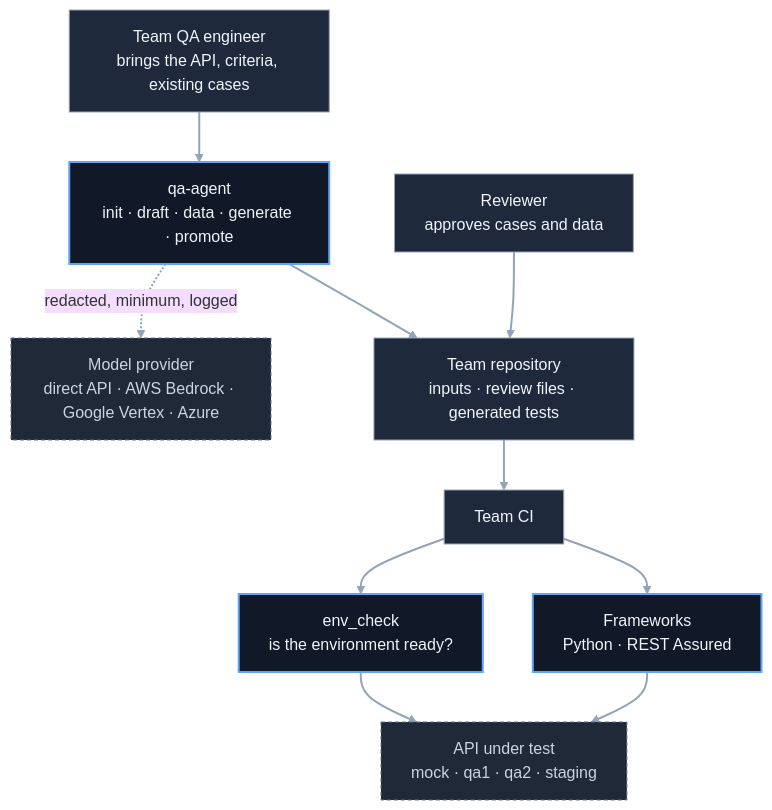
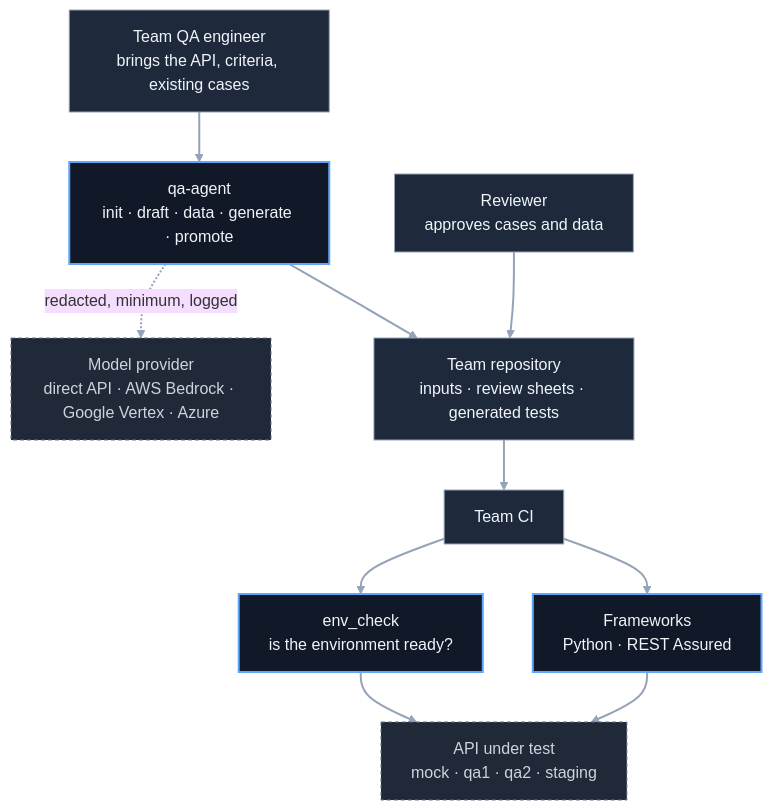
One commit to rahulsharma-qe/api-qa-agent changed the first of 5 diagrams in docs/architecture.md. Above: the diagram before and after it, drawn with Mermaid (base theme). The commit also changed other lines of this file and 2 other files, not shown here.

Commit message:
Design for QA teams: TestNG, Allure, an Excel review sheet, smoke and priority, evidence, retry, Postman import, Cucumber in phase 3c

````diff
--- a/docs/architecture.md
+++ b/docs/architecture.md
@@ -46,28 +46,28 @@
 ```mermaid
 flowchart TB
   QA["Team QA engineer<br/>brings the API, criteria, existing cases"]
   REV["Reviewer<br/>approves cases and data"]
   CLI["qa-agent<br/>init · draft · data · generate · promote"]
   LLM["Model provider<br/>direct API · AWS Bedrock · Google Vertex · Azure"]
-  REPO["Team repository<br/>inputs · review files · generated tests"]
+  REPO["Team repository<br/>inputs · review sheets · generated tests"]
   CI["Team CI"]
   ENV["env_check<br/>is the environment ready?"]
   FW["Frameworks<br/>Python · REST Assured"]
   API["API under test<br/>mock · qa1 · qa2 · staging"]
   QA --> CLI
   CLI -.->|"redacted, minimum, logged"| LLM
   CLI --> REPO
   REV --> REPO
   REPO --> CI
   CI --> ENV
   CI --> FW
   ENV --> API
   FW --> API
   classDef box fill:#1e293b,stroke:#94a3b8,color:#f1f5f9
   classDef platform fill:#111827,stroke:#60a5fa,color:#f1f5f9,stroke-width:2px
   classDef outside fill:#1f2937,stroke:#64748b,color:#cbd5e1,stroke-dasharray: 4 3
   class QA,REV,REPO,CI box
   class CLI,ENV,FW platform
   class LLM,API outside
   linkStyle default stroke:#94a3b8,stroke-width:2px
 ```
````
